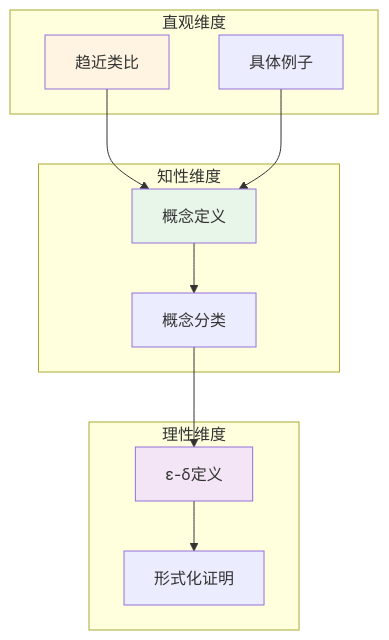
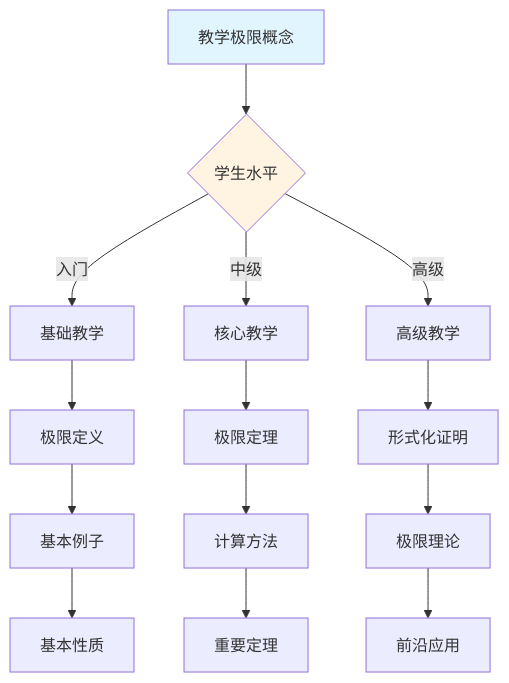
Before and after one commit to AdaMartin18010/FormalMath: the tenth of 10 diagrams in concept/核心概念/13-极限.md, drawn with Mermaid. The commit also changed other lines of this file and 4793 other files, not shown here.

````diff
--- a/concept/核心概念/13-极限.md
+++ b/concept/核心概念/13-极限.md
@@ -713,27 +2514,22 @@
 ```mermaid
-graph TB
-    subgraph 直观维度
-        A1[趋近类比]
-        A2[具体例子]
-    end
+graph TD
+    A[教学极限概念] --> B{学生水平}
+    B -->|入门| C[基础教学]
+    B -->|中级| D[核心教学]
+    B -->|高级| E[高级教学]
 
-    subgraph 知性维度
-        B1[概念定义]
-        B2[概念分类]
-    end
+    C --> C1[极限定义]
+    C1 --> C2[基本例子]
+    C2 --> C3[基本性质]
 
-    subgraph 理性维度
-        C1[ε-δ定义]
-        C2[形式化证明]
-    end
+    D --> D1[极限定理]
+    D1 --> D2[计算方法]
+    D2 --> D3[重要定理]
 
-    A1 --> B1
-    A2 --> B1
-    B1 --> B2
-    B2 --> C1
-    C1 --> C2
+    E --> E1[形式化证明]
+    E1 --> E2[极限理论]
+    E2 --> E3[前沿应用]
 
-    style A1 fill:#fff4e1
-    style B1 fill:#e8f5e9
-    style C1 fill:#f3e5f5
+    style A fill:#e1f5ff
+    style B fill:#fff4e1
 ```
````
